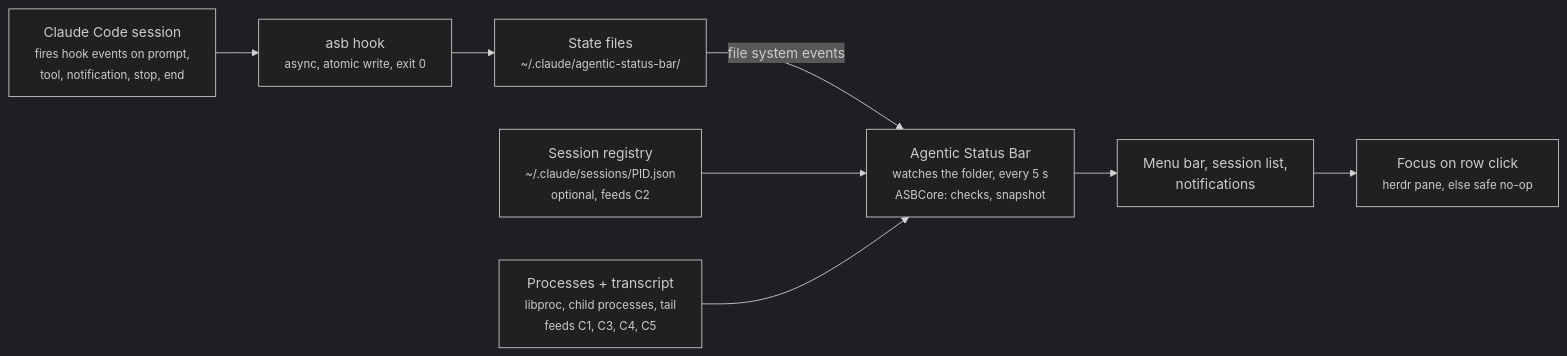
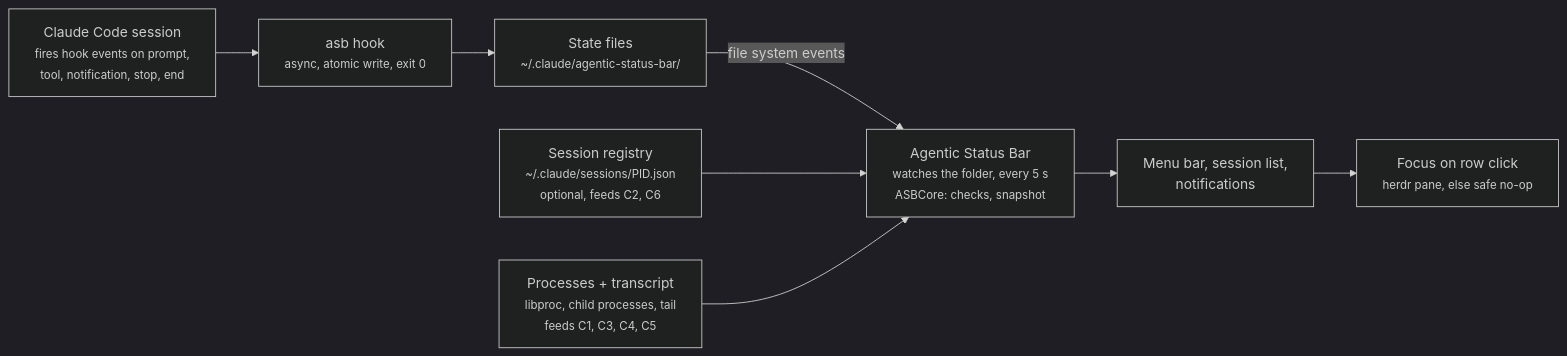
Before and after one commit to solo-swe/agentic-status-bar: the diagram in doc/PRD.md, drawn with Mermaid (dark theme). The commit also changed other lines of this file and 14 other files, not shown here.

````diff
--- a/doc/PRD.md
+++ b/doc/PRD.md
@@ -164,17 +164,17 @@
 ```mermaid
 flowchart LR
     session["Claude Code session<br/><small>fires hook events on prompt,<br/>tool, notification, stop, end</small>"]
     hook["asb hook<br/><small>async, atomic write, exit 0</small>"]
     files["State files<br/><small>~/.claude/agentic-status-bar/</small>"]
-    registry["Session registry<br/><small>~/.claude/sessions/PID.json<br/>optional, feeds C2</small>"]
+    registry["Session registry<br/><small>~/.claude/sessions/PID.json<br/>optional, feeds C2, C6</small>"]
     signals["Processes + transcript<br/><small>libproc, child processes, tail<br/>feeds C1, C3, C4, C5</small>"]
     app["Agentic Status Bar<br/><small>watches the folder, every 5 s<br/>ASBCore: checks, snapshot</small>"]
     menu["Menu bar, session list,<br/>notifications"]
     focus["Focus on row click<br/><small>herdr pane, else safe no-op</small>"]
 
     session --> hook --> files
     files -->|file system events| app
     registry --> app
     signals --> app
     app --> menu --> focus
 ```
````
